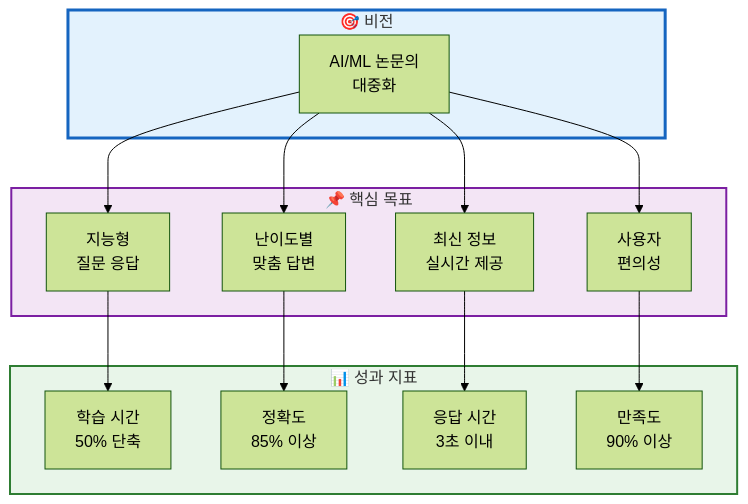
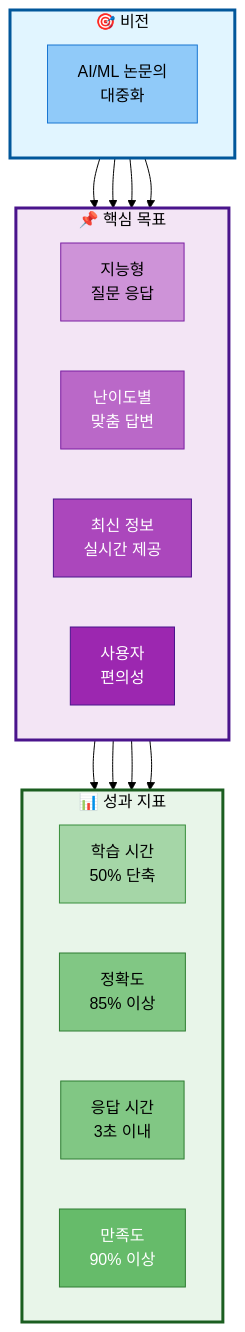
The first of 8 diagrams in docs/PPT/02_프로젝트_목표_및_설계.md (AIBootcamp14/langchainproject-new-langchainproject_5), drawn with Mermaid (forest theme) before and after one commit. The commit also changed other lines of this file and 5 other files, not shown here.

First line of the commit message:
style(docs): PPT 문서에 mermaid 스타일 가이드 적용

````diff
--- a/docs/PPT/02_프로젝트_목표_및_설계.md
+++ b/docs/PPT/02_프로젝트_목표_및_설계.md
@@ -19,29 +20,48 @@
 ```mermaid
 graph TB
     subgraph Vision["🎯 비전"]
+        direction LR
         V1[AI/ML 논문의<br/>대중화]
     end
 
     subgraph Goals["📌 핵심 목표"]
+        direction LR
         G1[지능형<br/>질문 응답]
         G2[난이도별<br/>맞춤 답변]
         G3[최신 정보<br/>실시간 제공]
         G4[사용자<br/>편의성]
     end
 
     subgraph Metrics["📊 성과 지표"]
+        direction LR
         M1[학습 시간<br/>50% 단축]
         M2[정확도<br/>85% 이상]
         M3[응답 시간<br/>3초 이내]
         M4[만족도<br/>90% 이상]
     end
 
     V1 --> G1 --> M1
     V1 --> G2 --> M2
     V1 --> G3 --> M3
     V1 --> G4 --> M4
 
-    style Vision fill:#e3f2fd,stroke:#1565c0,stroke-width:3px
-    style Goals fill:#f3e5f5,stroke:#7b1fa2,stroke-width:2px
-    style Metrics fill:#e8f5e9,stroke:#2e7d32,stroke-width:2px
+    %% Subgraph 스타일
+    style Vision fill:#e1f5ff,stroke:#01579b,stroke-width:3px,color:#000
+    style Goals fill:#f3e5f5,stroke:#4a148c,stroke-width:3px,color:#000
+    style Metrics fill:#e8f5e9,stroke:#1b5e20,stroke-width:3px,color:#000
+
+    %% 노드 스타일 (Vision - 파랑 계열)
+    style V1 fill:#90caf9,stroke:#1976d2,color:#000
+
+    %% 노드 스타일 (Goals - 보라 계열)
+    style G1 fill:#ce93d8,stroke:#7b1fa2,color:#000
+    style G2 fill:#ba68c8,stroke:#7b1fa2,color:#fff
+    style G3 fill:#ab47bc,stroke:#4a148c,color:#fff
+    style G4 fill:#9c27b0,stroke:#4a148c,color:#fff
+
+    %% 노드 스타일 (Metrics - 녹색 계열)
+    style M1 fill:#a5d6a7,stroke:#388e3c,color:#000
+    style M2 fill:#81c784,stroke:#2e7d32,color:#000
+    style M3 fill:#81c784,stroke:#2e7d32,color:#000
+    style M4 fill:#66bb6a,stroke:#2e7d32,color:#fff
 ```
````
